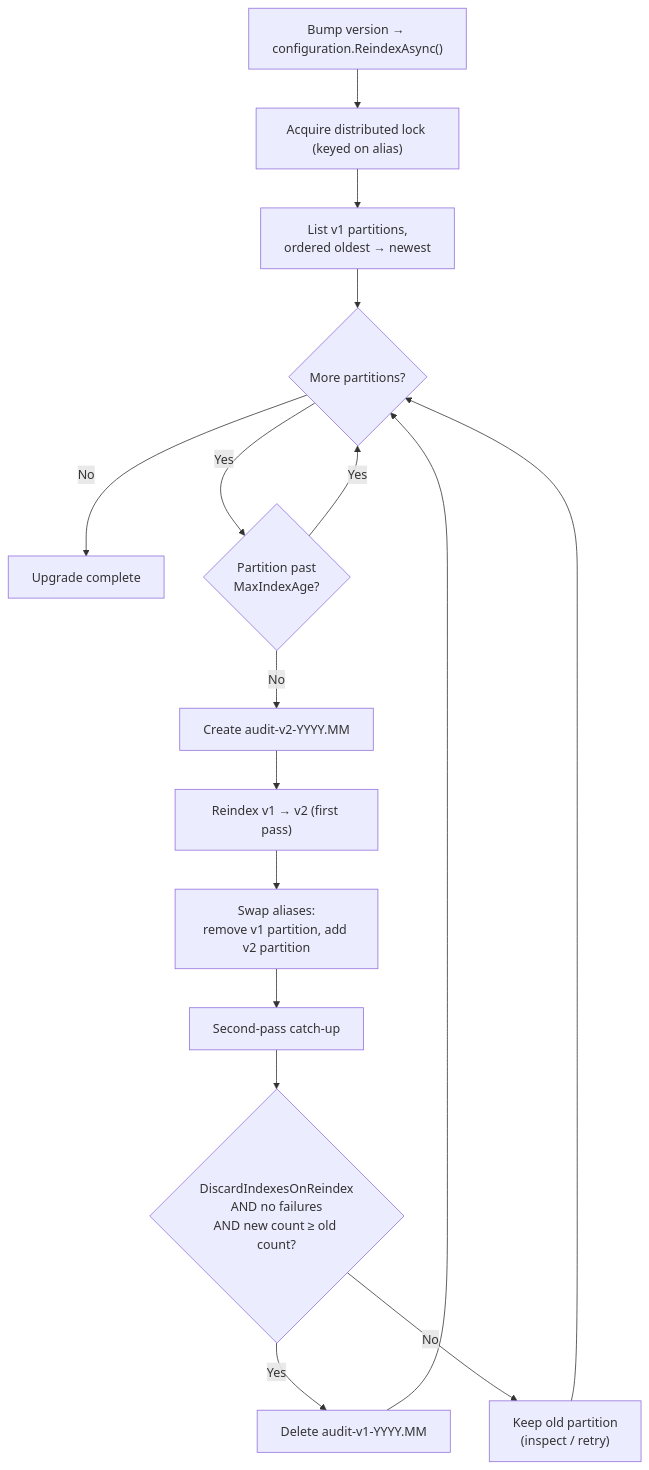
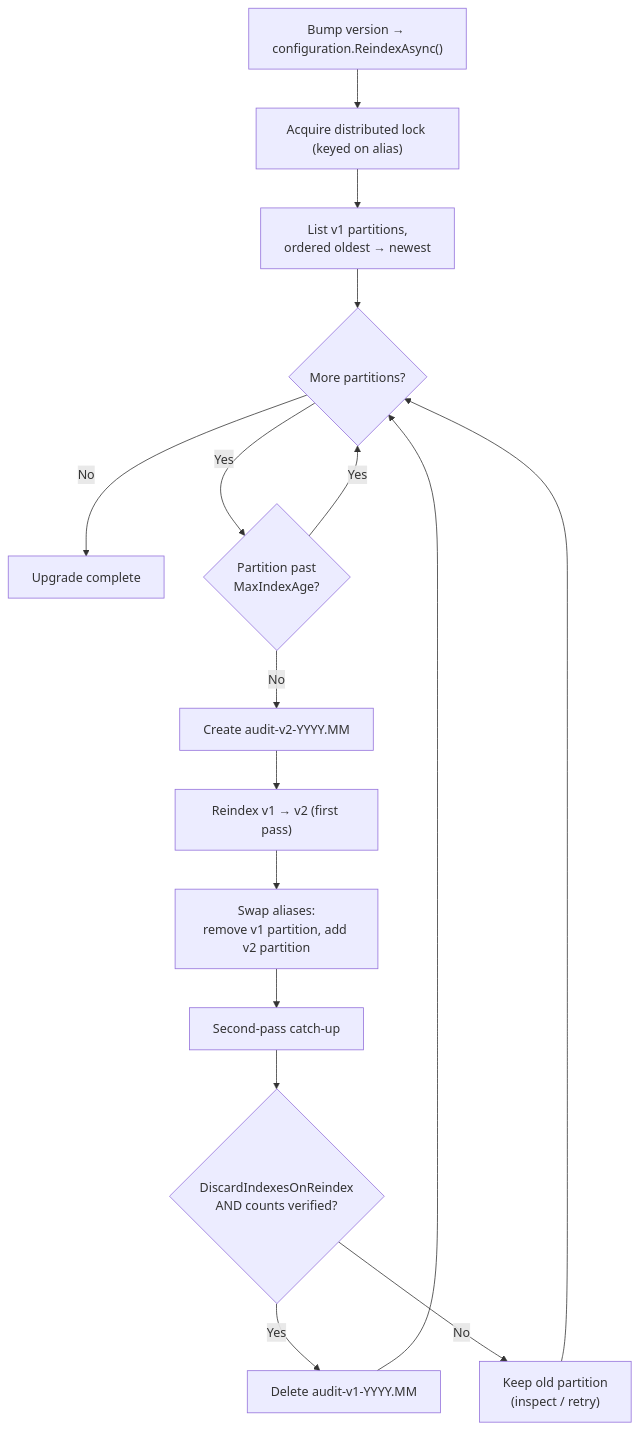
The fifth of 6 diagrams in docs/guide/index-management.md (FoundatioFx/Foundatio.Repositories), drawn with Mermaid before and after one commit. The commit also changed other lines of this file and 9 other files, not shown here.

````diff
--- a/docs/guide/index-management.md
+++ b/docs/guide/index-management.md
@@ -481,18 +481,18 @@
 ```mermaid
 flowchart TD
     Start["Bump version → configuration.ReindexAsync()"] --> Lock["Acquire distributed lock (keyed on alias)"]
     Lock --> List["List v1 partitions,\nordered oldest → newest"]
     List --> Loop{"More partitions?"}
     Loop -->|No| Done["Upgrade complete"]
     Loop -->|Yes| Expired{"Partition past\nMaxIndexAge?"}
     Expired -->|Yes| Loop
     Expired -->|No| Create["Create audit-v2-YYYY.MM"]
     Create --> Reindex["Reindex v1 → v2 (first pass)"]
     Reindex --> Swap["Swap aliases:\nremove v1 partition, add v2 partition"]
     Swap --> Catchup["Second-pass catch-up"]
-    Catchup --> Check{"DiscardIndexesOnReindex\nAND no failures\nAND new count ≥ old count?"}
+    Catchup --> Check{"DiscardIndexesOnReindex\nAND counts verified?"}
     Check -->|Yes| Delete["Delete audit-v1-YYYY.MM"]
     Check -->|No| Keep["Keep old partition\n(inspect / retry)"]
     Delete --> Loop
     Keep --> Loop
 ```
````
